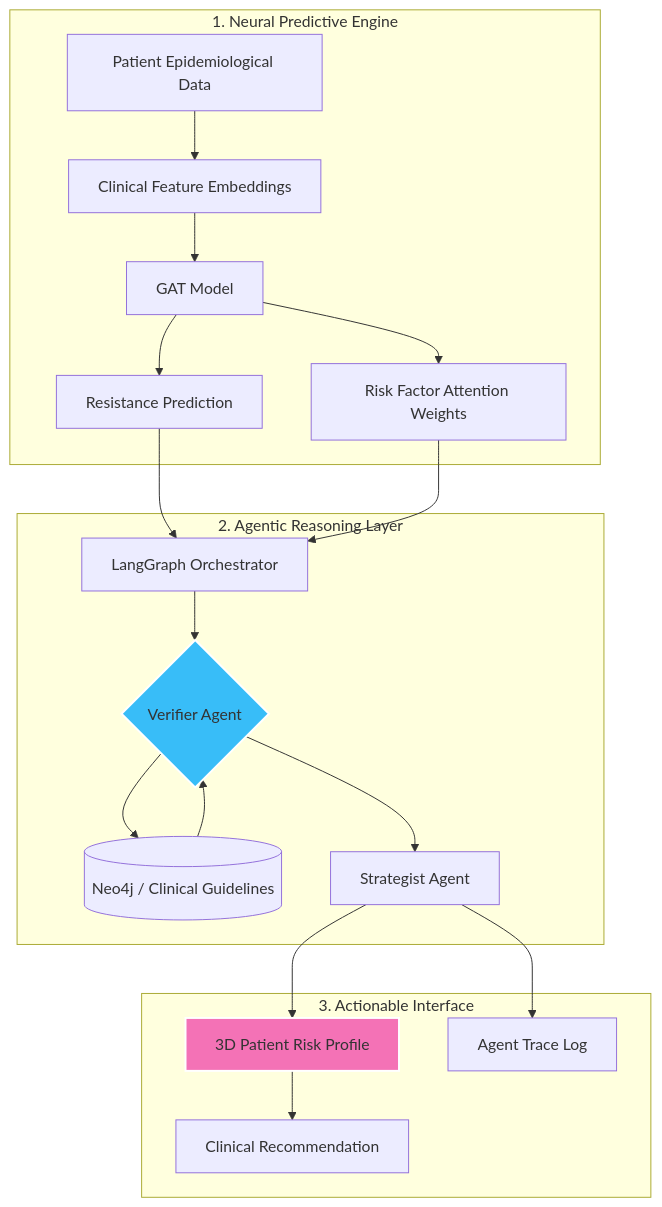
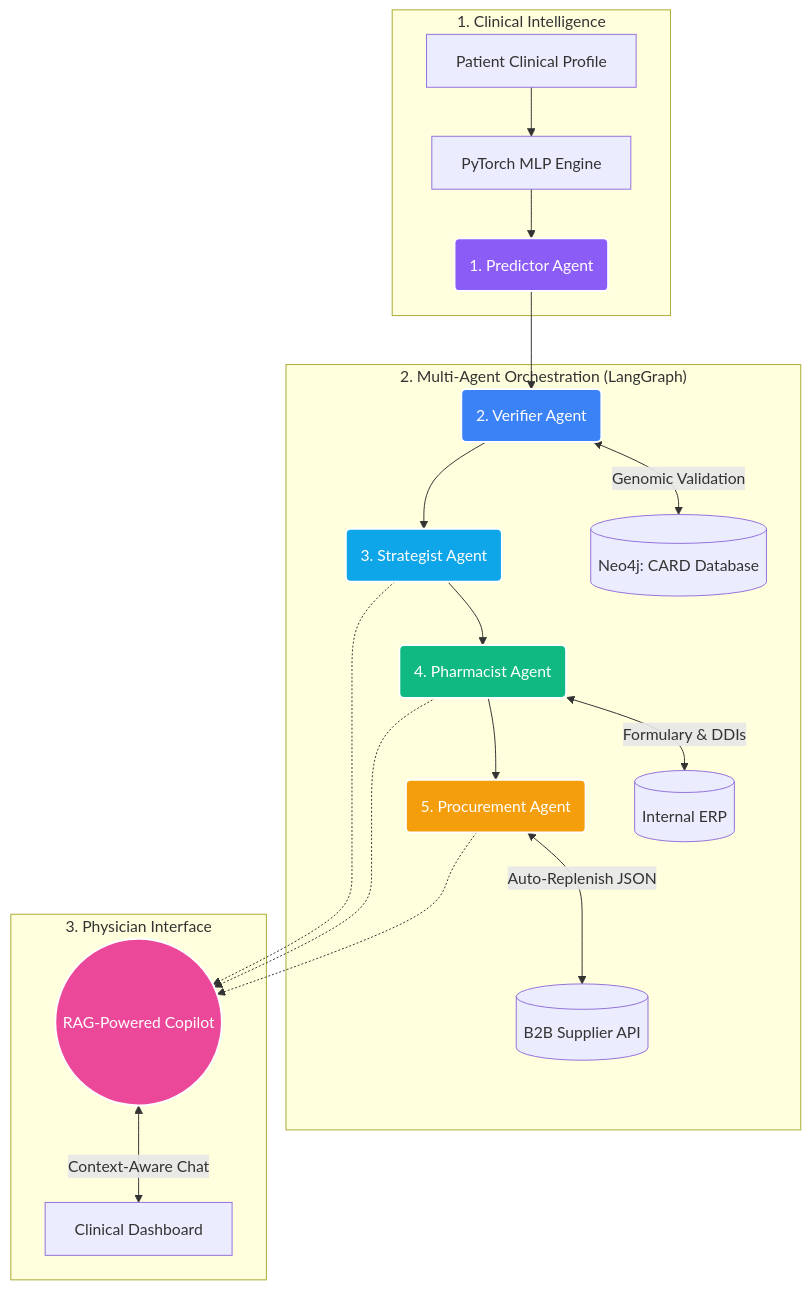
One commit to CodeR-6-9/Sentinel_GNN changed the diagram in README.md. Above: the diagram before and after it, drawn with Mermaid. The commit also changed other lines of this file, not shown here.

````diff
--- a/README.md
+++ b/README.md
@@ -22,27 +10,32 @@
 ```mermaid
 graph TD
-    subgraph "1. Neural Predictive Engine"
-    A[Patient Epidemiological Data] --> B[Clinical Feature Embeddings]
-    B --> C[GAT Model]
-    C --> D[Resistance Prediction]
-    C --> E[Risk Factor Attention Weights]
+
+    subgraph "1. Clinical Intelligence"
+        A[Patient Clinical Profile] --> B[PyTorch MLP Engine]
+        B --> C(1. Predictor Agent)
     end
 
-    subgraph "2. Agentic Reasoning Layer"
-    D --> F[LangGraph Orchestrator]
-    E --> F
-    F --> G{Verifier Agent}
-    G --> H[(Neo4j / Clinical Guidelines)]
-    H --> G
-    G --> I[Strategist Agent]
+    subgraph "2. Multi-Agent Orchestration (LangGraph)"
+        C --> D(2. Verifier Agent)
+        D <-->|Genomic Validation| E[(Neo4j: CARD Database)]
+        D --> F(3. Strategist Agent)
+        F --> G(4. Pharmacist Agent)
+        G <-->|Formulary & DDIs| H[(Internal ERP)]
+        G --> I(5. Procurement Agent)
+        I <-->|Auto-Replenish JSON| J[(B2B Supplier API)]
     end
 
-    subgraph "3. Actionable Interface"
-    I --> J[3D Patient Risk Profile]
-    I --> K[Agent Trace Log]
-    J --> L[Clinical Recommendation]
+    subgraph "3. Physician Interface"
+        F -.-> K((RAG-Powered Copilot))
+        G -.-> K
+        I -.-> K
+        K <-->|Context-Aware Chat| L[Clinical Dashboard]
     end
 
-    style J fill:#f472b6,stroke:#fff,stroke-width:2px
-    style G fill:#38bdf8,stroke:#fff,stroke-width:2px
+    style C fill:#8b5cf6,stroke:#fff,stroke-width:2px,color:#fff
+    style D fill:#3b82f6,stroke:#fff,stroke-width:2px,color:#fff
+    style F fill:#0ea5e9,stroke:#fff,stroke-width:2px,color:#fff
+    style G fill:#10b981,stroke:#fff,stroke-width:2px,color:#fff
+    style I fill:#f59e0b,stroke:#fff,stroke-width:2px,color:#fff
+    style K fill:#ec4899,stroke:#fff,stroke-width:2px,color:#fff
 ```
````
